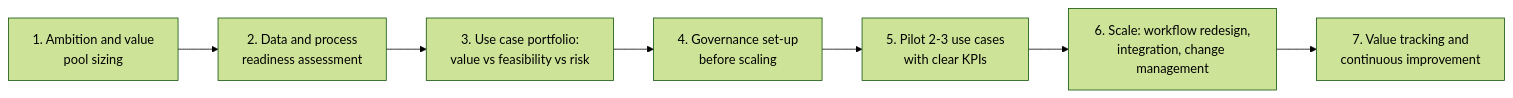
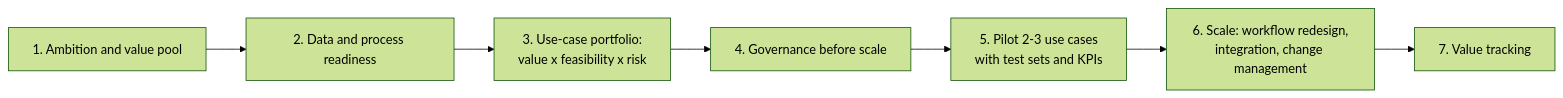
The third of 3 diagrams in london-market-lloyds-guide/09-Advanced-AI-in-London-Market.md (gazal-gupta/Insurance-Domain), drawn with Mermaid (forest theme) before and after one commit. The commit also changed other lines of this file, not shown here.

````diff
--- a/london-market-lloyds-guide/09-Advanced-AI-in-London-Market.md
+++ b/london-market-lloyds-guide/09-Advanced-AI-in-London-Market.md
@@ -156,9 +248,9 @@
 ```mermaid
 flowchart LR
-  A[1. Ambition and value<br/>pool sizing] --> B[2. Data and process<br/>readiness assessment]
-  B --> C[3. Use case portfolio:<br/>value vs feasibility vs risk]
-  C --> D[4. Governance set-up<br/>before scaling]
-  D --> E[5. Pilot 2-3 use cases<br/>with clear KPIs]
+  A[1. Ambition and value pool] --> B[2. Data and process readiness]
+  B --> C[3. Use-case portfolio:<br/>value x feasibility x risk]
+  C --> D[4. Governance before scale]
+  D --> E[5. Pilot 2-3 use cases<br/>with test sets and KPIs]
   E --> F[6. Scale: workflow redesign,<br/>integration, change management]
-  F --> G[7. Value tracking and<br/>continuous improvement]
+  F --> G[7. Value tracking]
 ```
````
